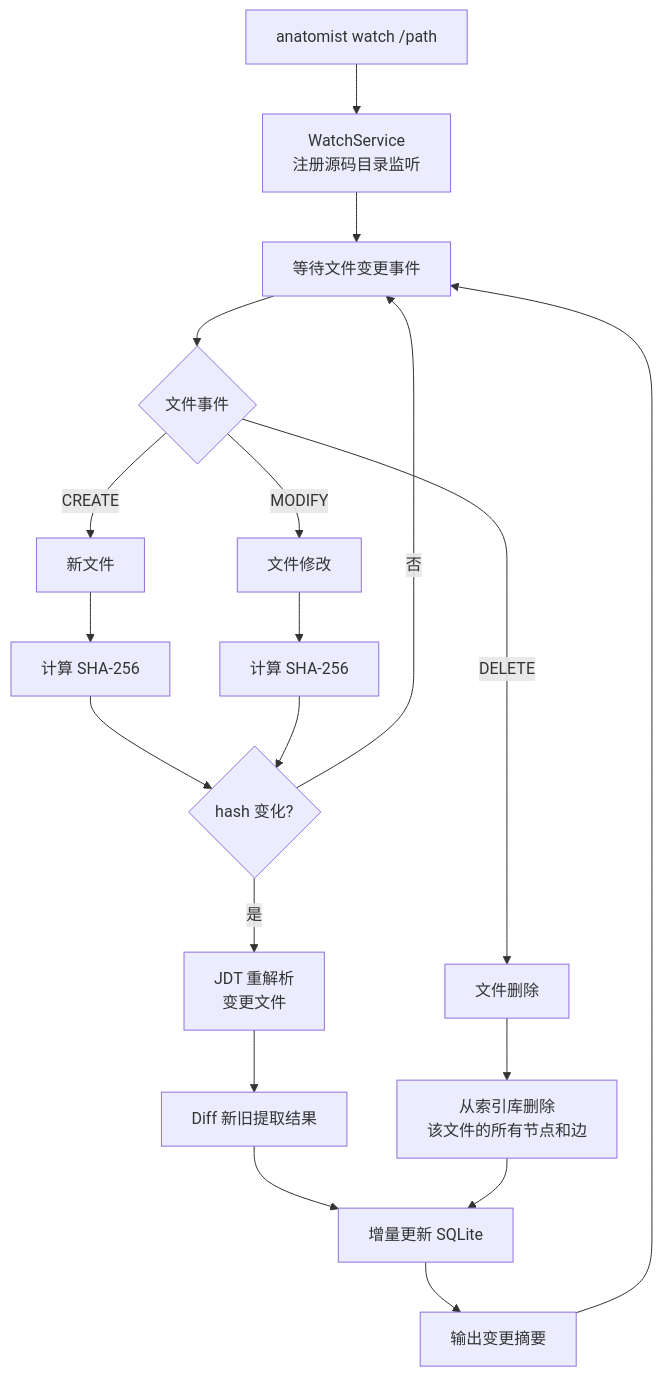
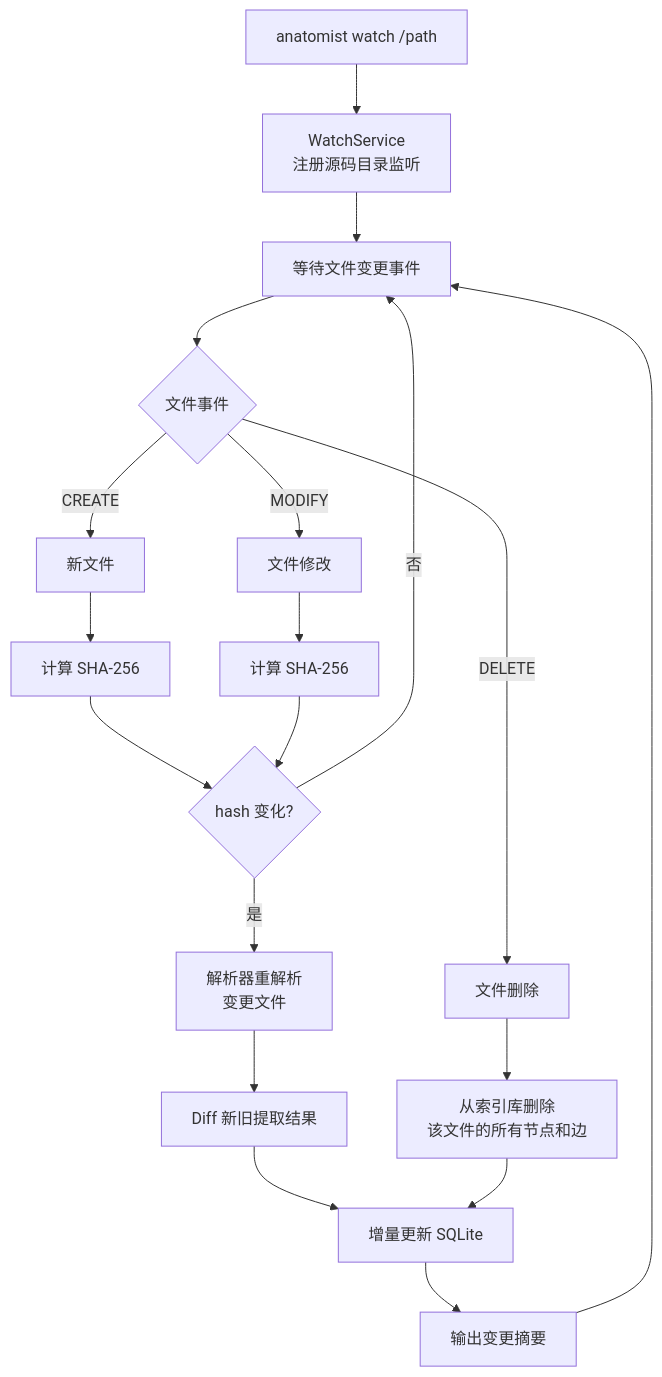
Before and after one commit to stream-iori/anatomist: the first of 4 diagrams in docs/scenario-3-watch.md, drawn with Mermaid. The commit also changed other lines of this file and 51 other files, not shown here.

````diff
--- a/docs/scenario-3-watch.md
+++ b/docs/scenario-3-watch.md
@@ -22,22 +22,22 @@
 ```mermaid
 flowchart TD
     START["anatomist watch /path"] --> SCAN["WatchService<br/>注册源码目录监听"]
     SCAN --> WAIT["等待文件变更事件"]
     WAIT --> EVENT{"文件事件"}
     EVENT -->|CREATE| NEW["新文件"]
     EVENT -->|MODIFY| MOD["文件修改"]
     EVENT -->|DELETE| DEL["文件删除"]
 
     NEW --> HASH_NEW["计算 SHA-256"]
     MOD --> HASH_MOD["计算 SHA-256"]
     HASH_NEW --> COMPARE{"hash 变化?"}
     HASH_MOD --> COMPARE
-    COMPARE -->|是| REPARSE["JDT 重解析<br/>变更文件"]
+    COMPARE -->|是| REPARSE["解析器重解析<br/>变更文件"]
     COMPARE -->|否| WAIT
     DEL --> REMOVE["从索引库删除<br/>该文件的所有节点和边"]
     REPARSE --> DIFF["Diff 新旧提取结果"]
     DIFF --> UPDATE["增量更新 SQLite"]
     REMOVE --> UPDATE
     UPDATE --> NOTIFY["输出变更摘要"]
     NOTIFY --> WAIT
 ```
````
